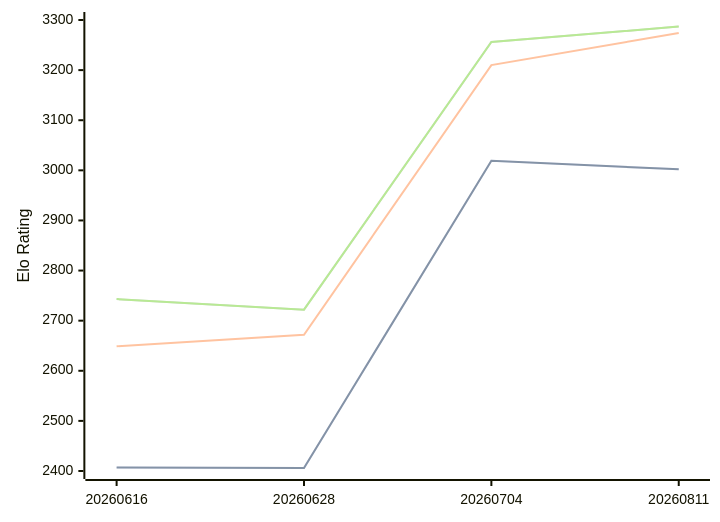
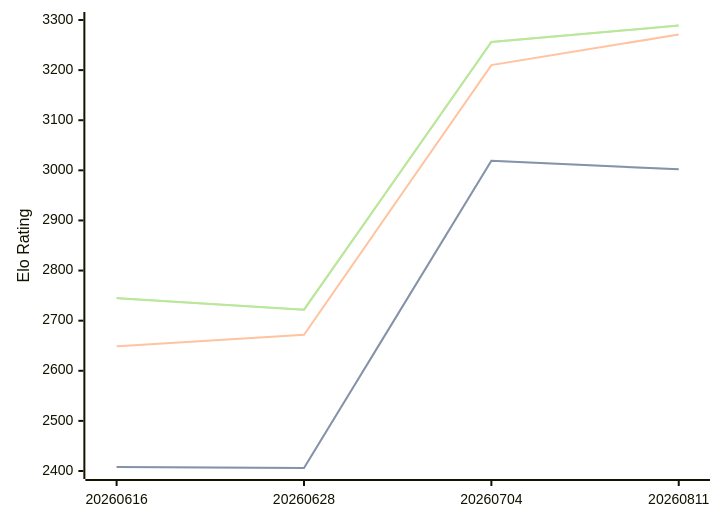
The diagram in engines/Askaig.md (computer-chess-index/cci), drawn with Mermaid before and after one commit. The commit also changed other lines of this file, not shown here.

Commit message:
Update CCI Ratings (ELO VLTC) - 2026-09-06

````diff
--- a/engines/Askaig.md
+++ b/engines/Askaig.md
@@ -36,11 +36,11 @@
 ```mermaid
 %%{init: {"theme":"base","themeVariables":{"seriesColors:['#a3a3a3','#222221','#faa371']}}}%%
 xychart-beta
   x-axis ["20260616", "20260628", "20260704", "20260811"]
   y-axis "Elo Rating" 2400 --> 3300
-  line "" [2407, 2406, 3019, 3002]
-  line "STC (8.0+0.08s)" [2407, 2406, 3019, 3002]
-  line "LTC (60.0+0.60s)" [2649, 2672, 3210, 3274]
-  line "" [2743, 2722, 3256, 3287]
-  line "VLTC (2m24s+1.12s)" [2743, 2722, 3256, 3287]
+  line "" [2408, 2406, 3019, 3002]
+  line "STC (8.0+0.08s)" [2408, 2406, 3019, 3002]
+  line "LTC (60.0+0.60s)" [2649, 2672, 3210, 3271]
+  line "" [2745, 2722, 3256, 3289]
+  line "VLTC (2m24s+1.12s)" [2745, 2722, 3256, 3289]
 ```
````
